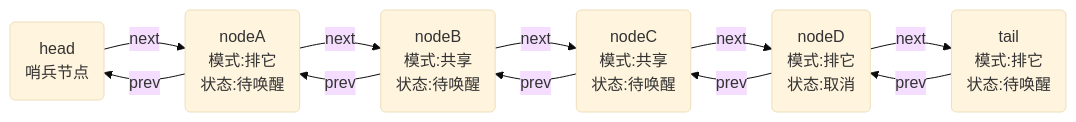
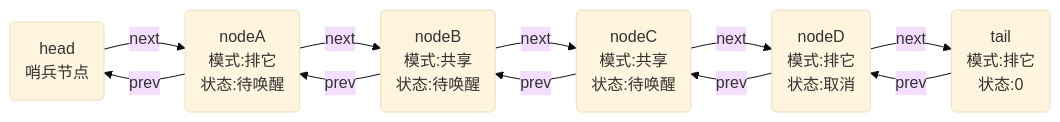
One commit to gittauros/kaleido-palutena changed the diagram in java/javaAqsLearn2.md. Above: the diagram before and after it, drawn with Mermaid (base theme). The commit also changed other lines of this file, not shown here.

````diff
--- a/java/javaAqsLearn2.md
+++ b/java/javaAqsLearn2.md
@@ -84,20 +84,20 @@
 ```mermaid
 graph LR
     head(head<br/>哨兵节点)
     A(nodeA<br/>模式:排它<br/>状态:待唤醒)
     B(nodeB<br/>模式:共享<br/>状态:待唤醒)
     C(nodeC<br/>模式:共享<br/>状态:待唤醒)
     D(nodeD<br/>模式:排它<br/>状态:取消)
-    tail(tail<br/>模式:排它<br/>状态:待唤醒)
+    tail(tail<br/>模式:排它<br/>状态:0)
 
     head -->|next| A
     A -->|prev| head
     A -->|next| B
     B -->|prev| A
     B -->|next| C
     C -->|prev| B
     C -->|next| D
     D -->|prev| C
     D -->|next| tail
     tail -->|prev| D
 ```
````
